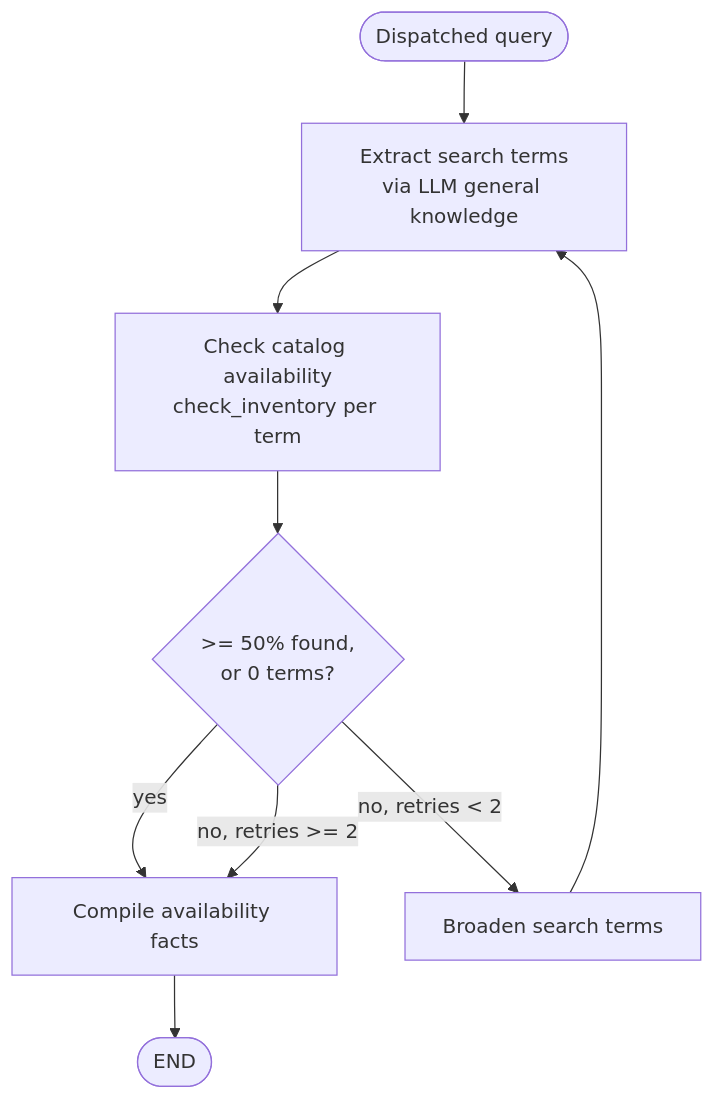
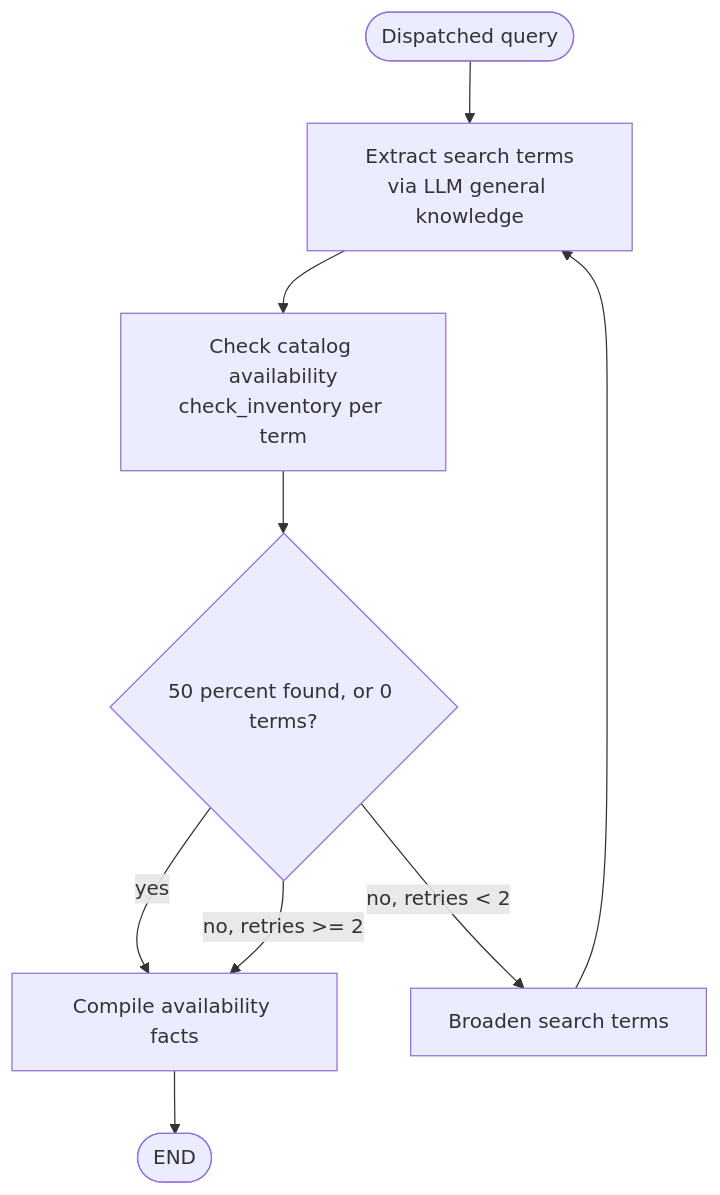
One commit to nirajp728/quick-commerce-agentic-ai changed the sixth of 7 diagrams in README.md. Above: the diagram before and after it, drawn with Mermaid. The commit also changed other lines of this file, not shown here.

````diff
--- a/README.md
+++ b/README.md
@@ -184,10 +184,10 @@
 ```mermaid
 flowchart TD
     START([Dispatched query]) --> EXTRACT[Extract search terms<br/>via LLM general knowledge]
     EXTRACT --> SEARCH[Check catalog availability<br/>check_inventory per term]
-    SEARCH --> ROUTE{>= 50% found,<br/>or 0 terms?}
+    SEARCH --> ROUTE{50 percent found, or 0 terms?}
     ROUTE -->|yes| COMPILE[Compile availability facts]
     ROUTE -->|no, retries < 2| REFLECT[Broaden search terms] --> EXTRACT
     ROUTE -->|no, retries >= 2| COMPILE
     COMPILE --> END([END])
 ```
````
